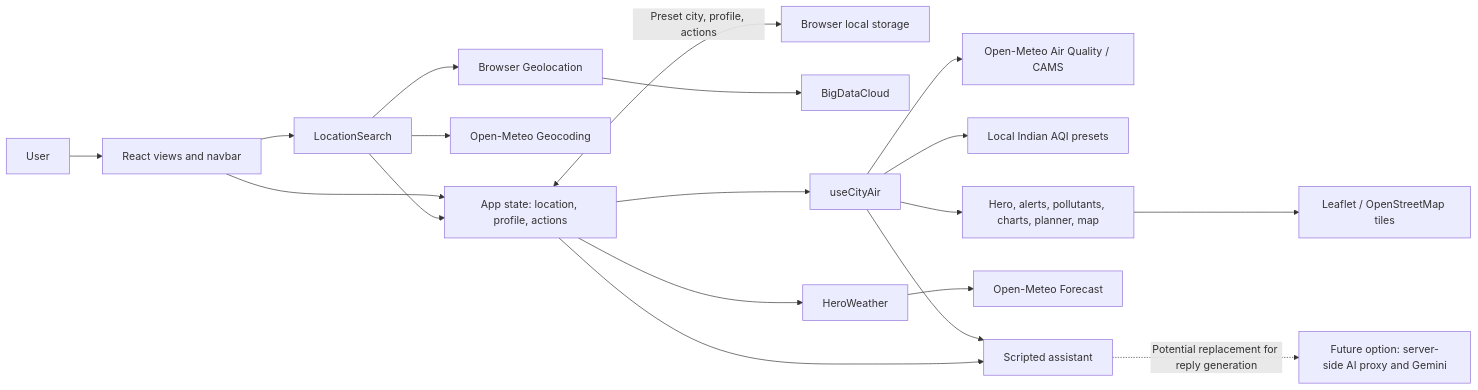
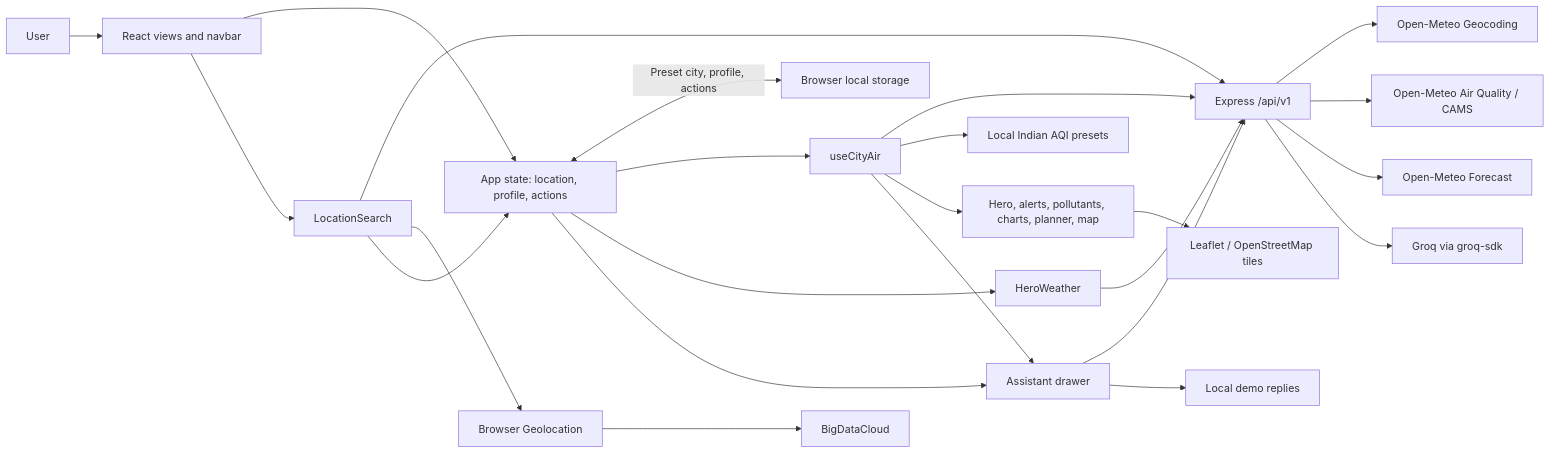
Before and after one commit to RakeshSenpai/Air-quality-assistant: the diagram in PROJECT_CONTEXT.md, drawn with Mermaid. The commit also changed other lines of this file and 41 other files, not shown here.

````diff
--- a/PROJECT_CONTEXT.md
+++ b/PROJECT_CONTEXT.md
@@ -30,22 +32,26 @@
 ```mermaid
 flowchart LR
     User["User"] --> UI["React views and navbar"]
     UI --> State["App state: location, profile, actions"]
     State <-->|"Preset city, profile, actions"| Storage["Browser local storage"]
     UI --> Search["LocationSearch"]
-    Search --> Geocode["Open-Meteo Geocoding"]
+    Search --> API["Express /api/v1"]
+    API --> Geocode["Open-Meteo Geocoding"]
     Search --> Device["Browser Geolocation"]
     Device --> Reverse["BigDataCloud"]
     Search --> State
     State --> Air["useCityAir"]
-    Air --> Models["Open-Meteo Air Quality / CAMS"]
+    Air --> API
+    API --> Models["Open-Meteo Air Quality / CAMS"]
     Air --> Demo["Local Indian AQI presets"]
     Air --> Views["Hero, alerts, pollutants, charts, planner, map"]
     State --> Weather["HeroWeather"]
-    Weather --> Forecast["Open-Meteo Forecast"]
+    Weather --> API
+    API --> Forecast["Open-Meteo Forecast"]
     Views --> Tiles["Leaflet / OpenStreetMap tiles"]
-    Air --> Assistant["Scripted assistant"]
+    Air --> Assistant["Assistant drawer"]
     State --> Assistant
-    Future["Future option: server-side AI proxy and Gemini"]
-    Assistant -. "Potential replacement for reply generation" .-> Future
+    Assistant --> API
+    Assistant --> Scripted["Local demo replies"]
+    API --> Groq["Groq via groq-sdk"]
 ```
````
